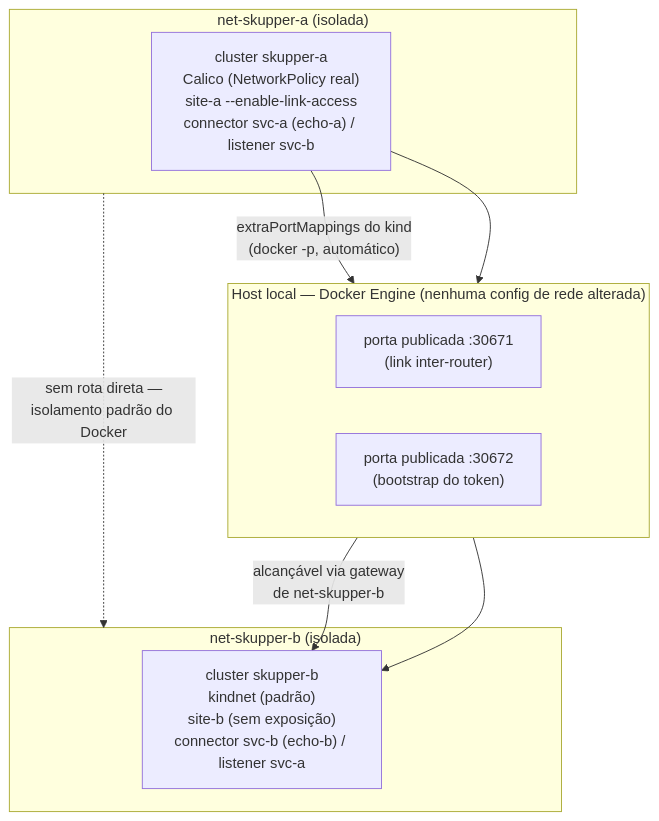
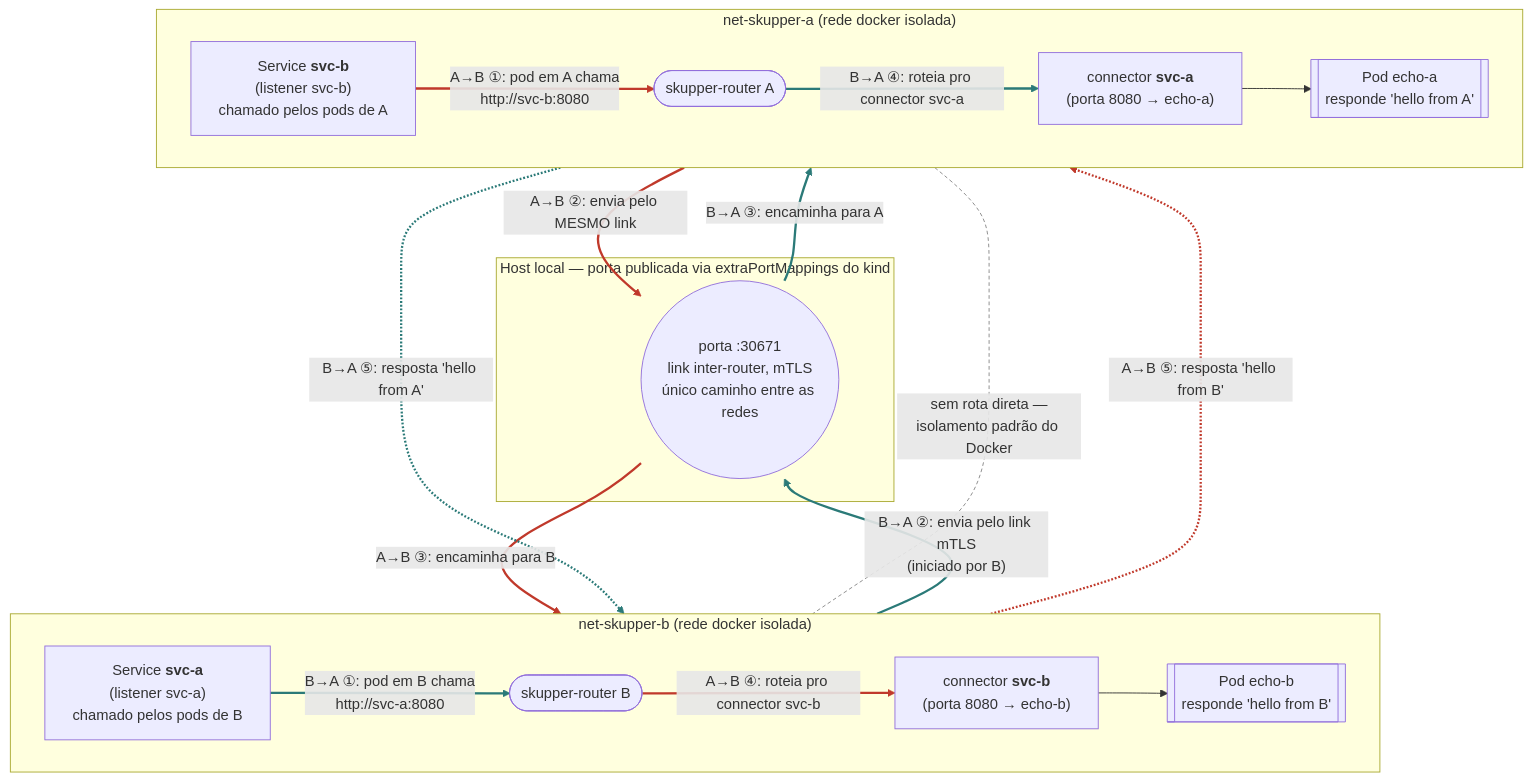
The diagram in README.md (ericogr/poc-skupper), drawn with Mermaid before and after one commit. The commit also changed other lines of this file and 1 other file, not shown here.

First line of the commit message:
docs: adiciona docs/ARCHITECTURE.md e melhora diagramas do README

````diff
--- a/README.md
+++ b/README.md
@@ -23,22 +30,42 @@
 ```mermaid
 flowchart TB
-    subgraph HOST["Host local — Docker Engine (nenhuma config de rede alterada)"]
+    subgraph NETB["net-skupper-b (rede docker isolada)"]
         direction LR
-        PORT1["porta publicada :30671<br/>(link inter-router)"]
-        PORT2["porta publicada :30672<br/>(bootstrap do token)"]
+        listA["Service <b>svc-a</b><br/>(listener svc-a)<br/>chamado pelos pods de B"]
+        routerB(["skupper-router B"])
+        connB["connector <b>svc-b</b><br/>(porta 8080 → echo-b)"]
+        echoB[["Pod echo-b<br/>responde 'hello from B'"]]
+        connB --> echoB
     end
 
-    subgraph NETA["net-skupper-a (isolada)"]
-        A["cluster skupper-a<br/>Calico (NetworkPolicy real)<br/>site-a --enable-link-access<br/>connector svc-a (echo-a) / listener svc-b"]
+    subgraph HOST["Host local — porta publicada via extraPortMappings do kind"]
+        PORT1(("porta :30671<br/>link inter-router, mTLS<br/>único caminho entre as redes"))
     end
 
-    subgraph NETB["net-skupper-b (isolada)"]
-        B["cluster skupper-b<br/>kindnet (padrão)<br/>site-b (sem exposição)<br/>connector svc-b (echo-b) / listener svc-a"]
+    subgraph NETA["net-skupper-a (rede docker isolada)"]
+        direction LR
+        listB["Service <b>svc-b</b><br/>(listener svc-b)<br/>chamado pelos pods de A"]
+        routerA(["skupper-router A"])
+        connA["connector <b>svc-a</b><br/>(porta 8080 → echo-a)"]
+        echoA[["Pod echo-a<br/>responde 'hello from A'"]]
+        connA --> echoA
     end
 
-    A -- "extraPortMappings do kind<br/>(docker -p, automático)" --> PORT1
-    A --> PORT2
-    PORT1 -- "alcançável via gateway<br/>de net-skupper-b" --> B
-    PORT2 --> B
-    NETA -.->|"sem rota direta —<br/>isolamento padrão do Docker"| NETB
+    listA == "B→A ①: pod em B chama<br/>http://svc-a:8080" ==> routerB
+    routerB == "B→A ②: envia pelo link mTLS<br/>(iniciado por B)" ==> PORT1
+    PORT1 == "B→A ③: encaminha para A" ==> routerA
+    routerA == "B→A ④: roteia pro connector svc-a" ==> connA
+    connA -.->|"B→A ⑤: resposta 'hello from A'"| listA
+
+    listB == "A→B ①: pod em A chama<br/>http://svc-b:8080" ==> routerA
+    routerA == "A→B ②: envia pelo MESMO link" ==> PORT1
+    PORT1 == "A→B ③: encaminha para B" ==> routerB
+    routerB == "A→B ④: roteia pro connector svc-b" ==> connB
+    connB -.->|"A→B ⑤: resposta 'hello from B'"| listB
+
+    NETA -.-|"sem rota direta —<br/>isolamento padrão do Docker"| NETB
+
+    linkStyle 2,3,4,5,6 stroke:#2b7a78,stroke-width:2.5px
+    linkStyle 7,8,9,10,11 stroke:#c0392b,stroke-width:2.5px
+    linkStyle 12 stroke:#888888,stroke-width:1px,stroke-dasharray:4 3
 ```
````
